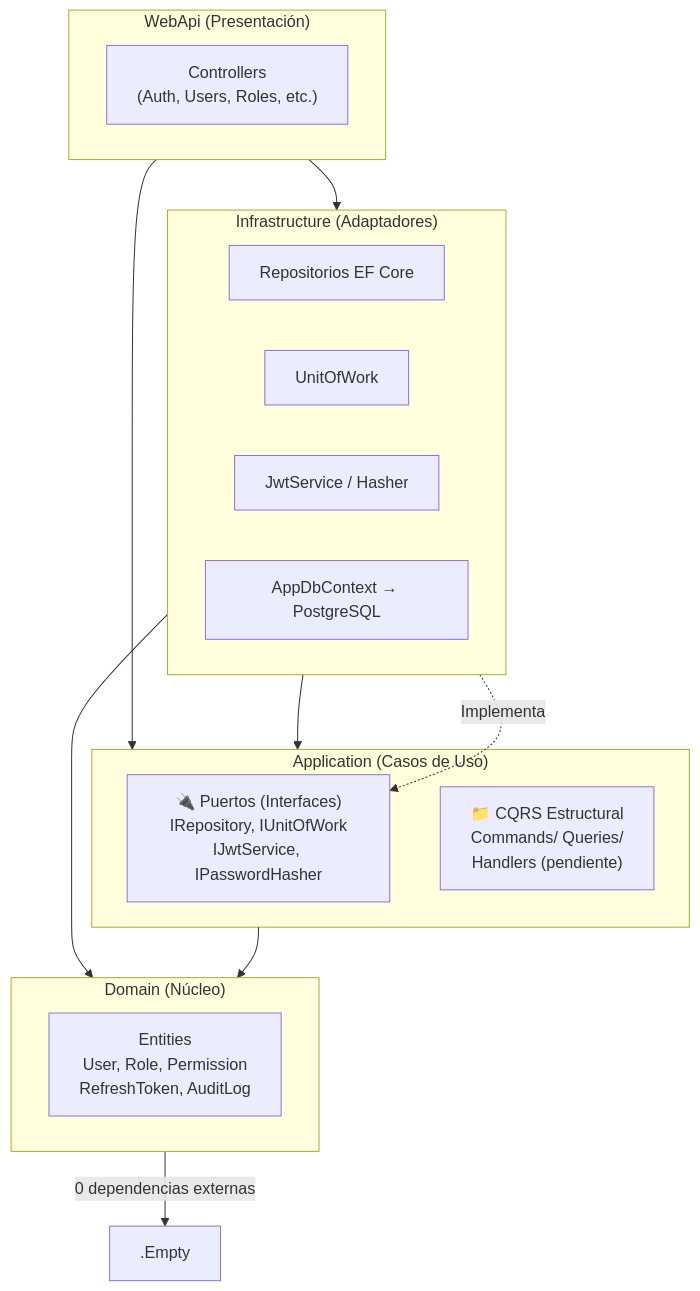
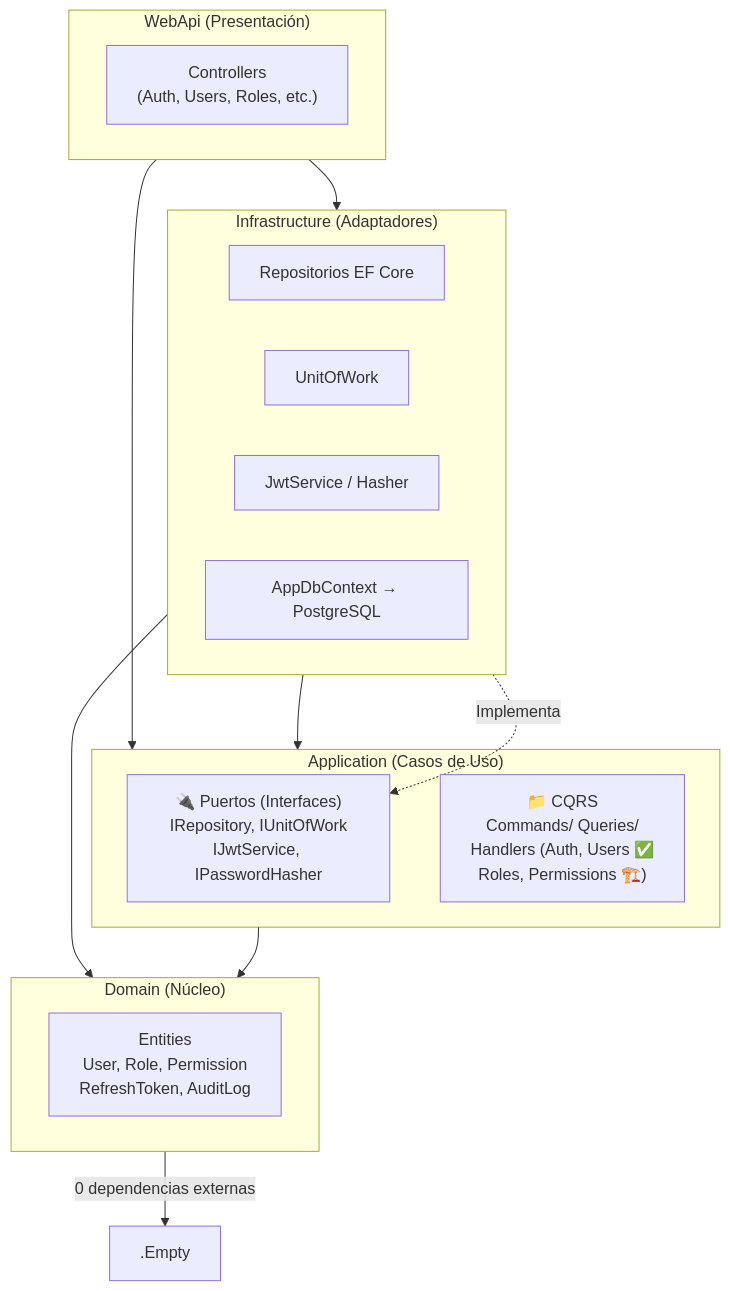
Before and after one commit to edgardo001/app-base-net-react: the diagram in README.md, drawn with Mermaid. The commit also changed other lines of this file, not shown here.

Commit message:
docs: update root README.md CQRS documentation

````diff
--- a/README.md
+++ b/README.md
@@ -68,31 +68,31 @@
 ```mermaid
 graph TD
     subgraph WebApi["WebApi (Presentación)"]
         Controllers["Controllers<br/>(Auth, Users, Roles, etc.)"]
     end
 
     subgraph Application["Application (Casos de Uso)"]
         Ports["🔌 Puertos (Interfaces)<br/>IRepository, IUnitOfWork<br/>IJwtService, IPasswordHasher"]
-        CQRS["📁 CQRS Estructural<br/>Commands/ Queries/<br/>Handlers (pendiente)"]
+        CQRS["📁 CQRS<br/>Commands/ Queries/<br/>Handlers (Auth, Users ✅<br/>Roles, Permissions 🏗️)"]
     end
 
     subgraph Domain["Domain (Núcleo)"]
         Entities["Entities<br/>User, Role, Permission<br/>RefreshToken, AuditLog"]
     end
 
     subgraph Infrastructure["Infrastructure (Adaptadores)"]
         Repos["Repositorios EF Core"]
         UoW["UnitOfWork"]
         Jwt["JwtService / Hasher"]
         DbCtx["AppDbContext → PostgreSQL"]
     end
 
     WebApi --> Application
     WebApi --> Infrastructure
     Infrastructure --> Application
     Infrastructure --> Domain
     Application --> Domain
     Domain -->|"0 dependencias externas"| .Empty
 
     Infrastructure -.->|"Implementa"| Ports
 ```
````
